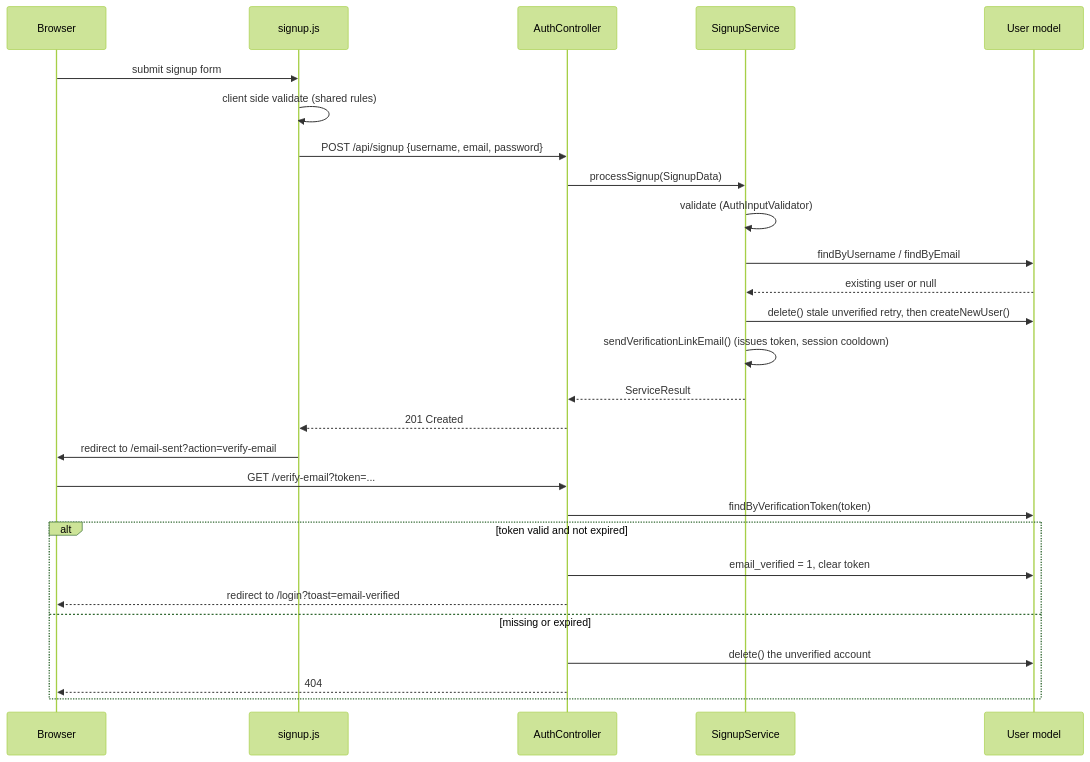
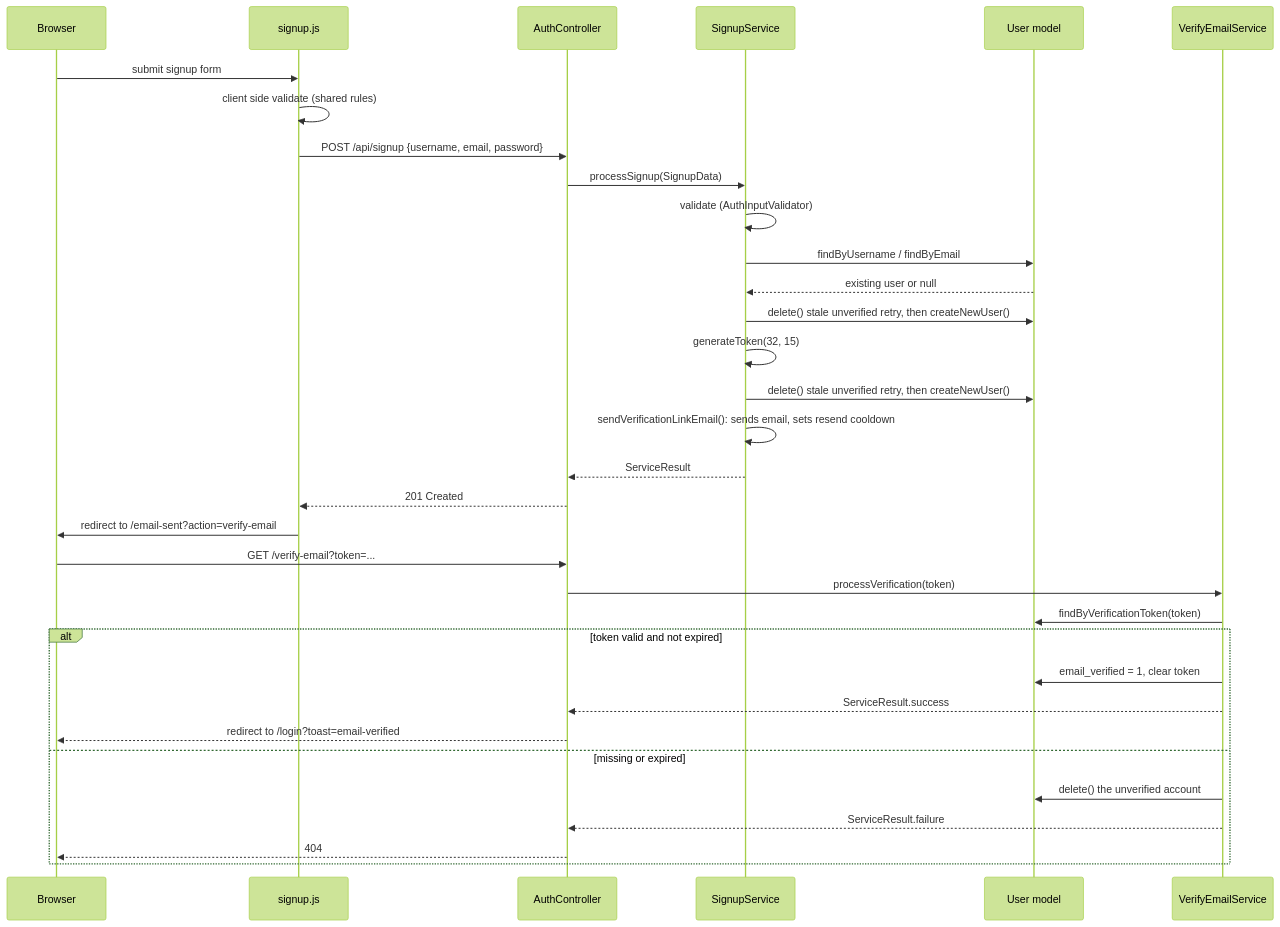
Before and after one commit to ysengoku/camagru: the first of 3 diagrams in doc/AUTH.md, drawn with Mermaid (forest theme). The commit also changed other lines of this file and 10 other files, not shown here.

First line of the commit message:
doc: rewrite ARCHITECTURE.md and AUTH.md, fix issues found along the way

````diff
--- a/doc/AUTH.md
+++ b/doc/AUTH.md
@@ -45,31 +47,38 @@
 ```mermaid
 sequenceDiagram
     participant U as Browser
     participant JS as signup.js
     participant AC as AuthController
     participant SS as SignupService
     participant DB as User model
+    participant VES as VerifyEmailService
 
     U->>JS: submit signup form
     JS->>JS: client side validate (shared rules)
     JS->>AC: POST /api/signup {username, email, password}
     AC->>SS: processSignup(SignupData)
     SS->>SS: validate (AuthInputValidator)
     SS->>DB: findByUsername / findByEmail
     DB-->>SS: existing user or null
     SS->>DB: delete() stale unverified retry, then createNewUser()
-    SS->>SS: sendVerificationLinkEmail() (issues token, session cooldown)
+    SS->>SS: generateToken(32, 15)
+    SS->>DB: delete() stale unverified retry, then createNewUser()
+    SS->>SS: sendVerificationLinkEmail(): sends email, sets resend cooldown
+
     SS-->>AC: ServiceResult
     AC-->>JS: 201 Created
     JS->>U: redirect to /email-sent?action=verify-email
 
     U->>AC: GET /verify-email?token=...
-    AC->>DB: findByVerificationToken(token)
+    AC->>VES: processVerification(token)
+    VES->>DB: findByVerificationToken(token)
     alt token valid and not expired
-        AC->>DB: email_verified = 1, clear token
+        VES->>DB: email_verified = 1, clear token
+        VES-->>AC: ServiceResult.success
         AC-->>U: redirect to /login?toast=email-verified
     else missing or expired
-        AC->>DB: delete() the unverified account
+        VES->>DB: delete() the unverified account
+        VES-->>AC: ServiceResult.failure
         AC-->>U: 404
     end
 ```
````
